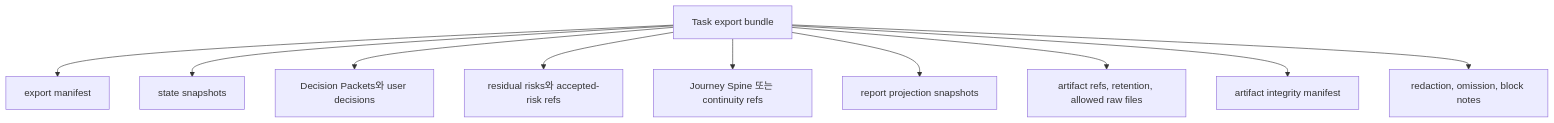
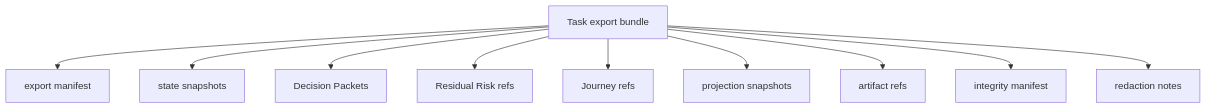
Before and after one commit to minjungw00/Harness_Project: the tenth of 11 diagrams in docs/ko/reference/operations-and-conformance.md, drawn with Mermaid. The commit also changed other lines of this file and 20 other files, not shown here.

Commit message:
docs: refresh diagrams for staged authority model

````diff
--- a/docs/ko/reference/operations-and-conformance.md
+++ b/docs/ko/reference/operations-and-conformance.md
@@ -574,12 +574,12 @@
 ```mermaid
 flowchart TD
   Export["Task export bundle"] --> Manifest["export manifest"]
   Export --> State["state snapshots"]
-  Export --> Decisions["Decision Packets와 user decisions"]
-  Export --> Risks["residual risks와 accepted-risk refs"]
-  Export --> Journey["Journey Spine 또는 continuity refs"]
-  Export --> Projections["report projection snapshots"]
-  Export --> Artifacts["artifact refs, retention, allowed raw files"]
-  Export --> Integrity["artifact integrity manifest"]
-  Export --> Redaction["redaction, omission, block notes"]
+  Export --> Decisions["Decision Packets"]
+  Export --> Risks["Residual Risk refs"]
+  Export --> Journey["Journey refs"]
+  Export --> Projections["projection snapshots"]
+  Export --> Artifacts["artifact refs"]
+  Export --> Integrity["integrity manifest"]
+  Export --> Redaction["redaction notes"]
 ```
````
